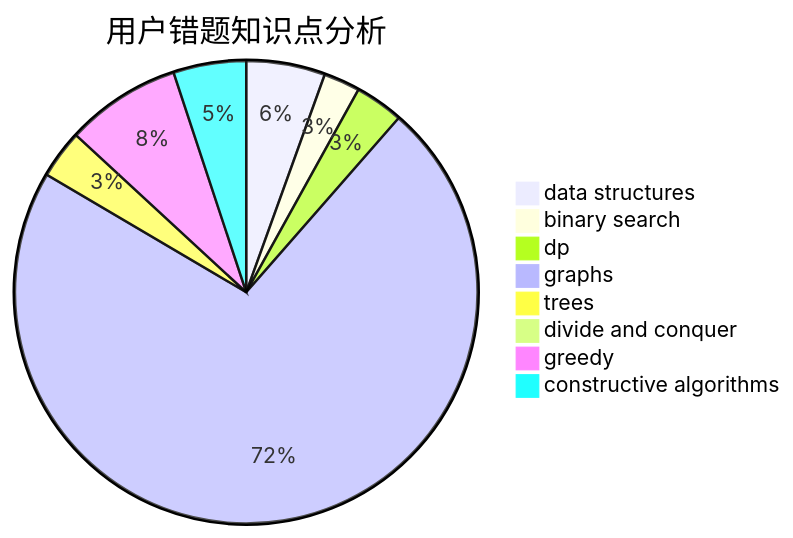
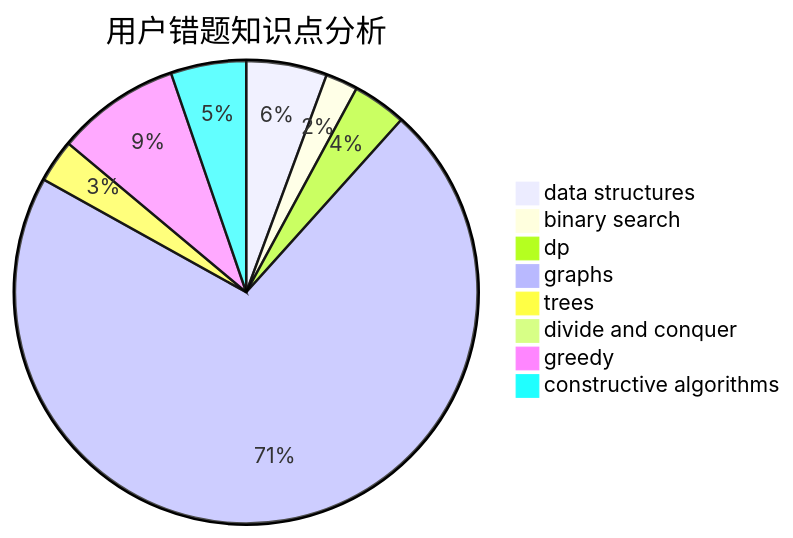
One commit to sherpahu/cfrs.github.io changed the third of 3 diagrams in docs/user/u2340.md. Above: the diagram before and after it, drawn with Mermaid. The commit also changed other lines of this file and 2770 other files, not shown here.

````diff
--- a/docs/user/u2340.md
+++ b/docs/user/u2340.md
@@ -36,11 +36,11 @@
 ```mermaid
 pie title 用户错题知识点分析
-    "data structures" :  13
+    "data structures" :  15
     "binary search" :  6
-    "dp" :  8
-    "graphs" :  170
+    "dp" :  10
+    "graphs" :  190
     "trees" :  8
     "divide and conquer" :  0
-    "greedy" :  19
-    "constructive algorithms" :  12
+    "greedy" :  23
+    "constructive algorithms" :  14
 ```
````
